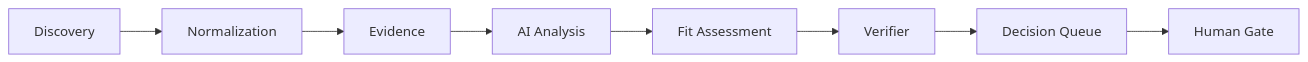
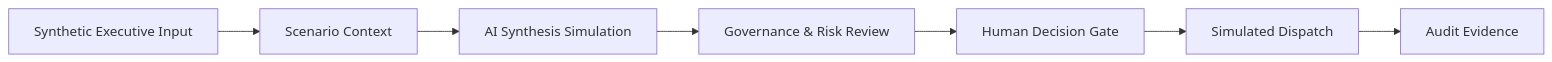
One commit to Flavio459/opportunity-cockpit-showcase changed the diagram in docs/ARCHITECTURE.md. Above: the diagram before and after it, drawn with Mermaid. The commit also changed other lines of this file and 1 other file, not shown here.

````diff
--- a/docs/ARCHITECTURE.md
+++ b/docs/ARCHITECTURE.md
@@ -5,10 +7,9 @@
 ```mermaid
 flowchart LR
-  A[Discovery] --> B[Normalization]
-  B --> C[Evidence]
-  C --> D[AI Analysis]
-  D --> E[Fit Assessment]
-  E --> F[Verifier]
-  F --> G[Decision Queue]
-  G --> H[Human Gate]
+  A[Synthetic Executive Input] --> B[Scenario Context]
+  B --> C[AI Synthesis Simulation]
+  C --> D[Governance & Risk Review]
+  D --> E[Human Decision Gate]
+  E --> F[Simulated Dispatch]
+  F --> G[Audit Evidence]
 ```
````
